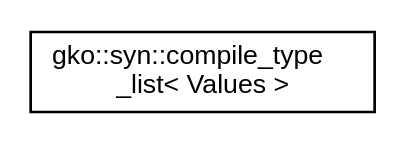
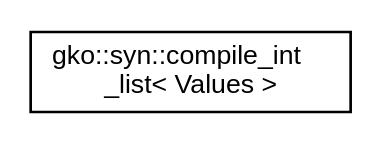
One commit to ginkgo-project/ginkgo changed the diagram in doc/develop/inherit_graph_85.dot. Above: the diagram before and after it, drawn with Graphviz. The commit also changed 307 other files, not shown here.

```diff
--- a/doc/develop/inherit_graph_85.dot
+++ b/doc/develop/inherit_graph_85.dot
@@ -1,8 +1,8 @@
 digraph "Graphical Class Hierarchy"
 {
  // INTERACTIVE_SVG=YES
   edge [fontname="Helvetica",fontsize="10",labelfontname="Helvetica",labelfontsize="10"];
   node [fontname="Helvetica",fontsize="10",shape=record];
   rankdir="LR";
-  Node1 [label="gko::syn::compile_type\l_list\< Values \>",height=0.2,width=0.4,color="black", fillcolor="white", style="filled",URL="$structgko_1_1syn_1_1compile__type__list.html"];
+  Node1 [label="gko::syn::compile_int\l_list\< Values \>",height=0.2,width=0.4,color="black", fillcolor="white", style="filled",URL="$structgko_1_1syn_1_1compile__int__list.html"];
 }
```
